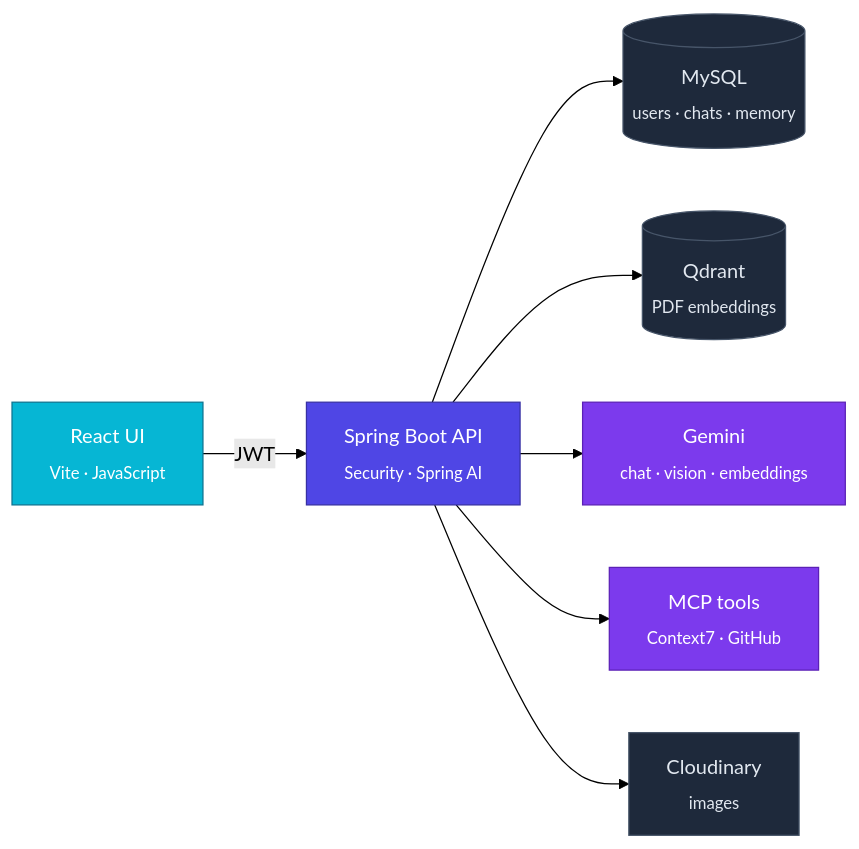
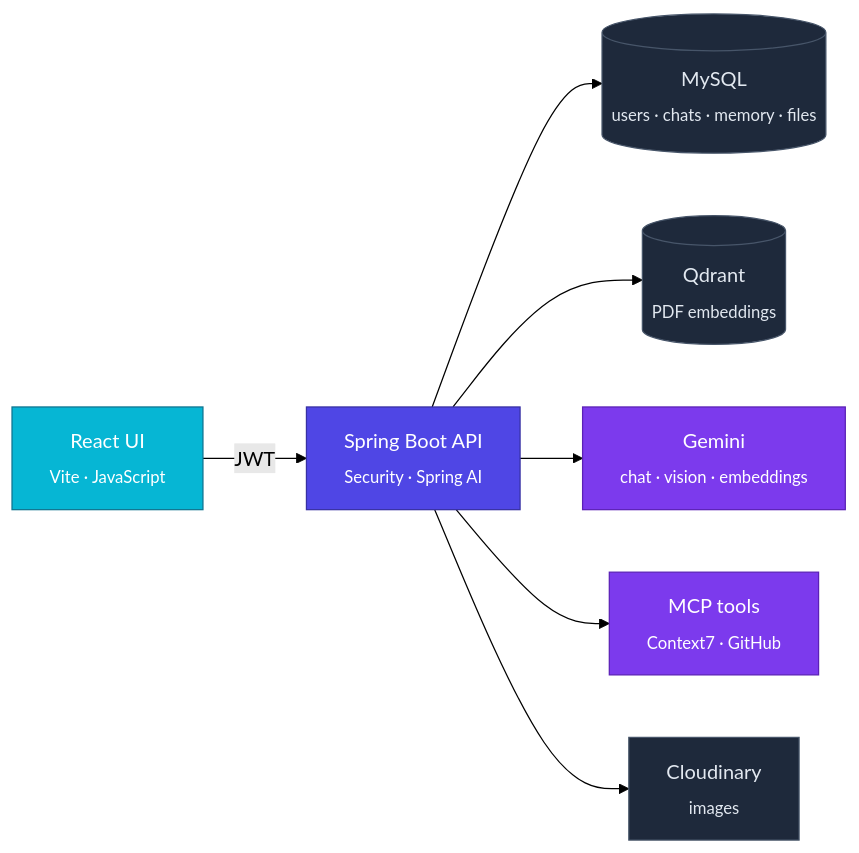
One commit to Ayoub717542/DevGuide_AI changed the diagram in README.md. Above: the diagram before and after it, drawn with Mermaid (forest theme). The commit also changed other lines of this file, not shown here.

````diff
--- a/README.md
+++ b/README.md
@@ -72,18 +82,18 @@
 ```mermaid
 flowchart LR
     UI["React UI<br/><sub>Vite · JavaScript</sub>"] -- "JWT" --> API["Spring Boot API<br/><sub>Security · Spring AI</sub>"]
-    API --> DB[("MySQL<br/><sub>users · chats · memory</sub>")]
+    API --> DB[("MySQL<br/><sub>users · chats · memory · files</sub>")]
     API --> VS[("Qdrant<br/><sub>PDF embeddings</sub>")]
     API --> LLM["Gemini<br/><sub>chat · vision · embeddings</sub>"]
     API --> MCP["MCP tools<br/><sub>Context7 · GitHub</sub>"]
     API --> CDN["Cloudinary<br/><sub>images</sub>"]
 
     classDef ui fill:#06B6D4,stroke:#0E7490,color:#fff
     classDef api fill:#4F46E5,stroke:#3730A3,color:#fff
     classDef ai fill:#7C3AED,stroke:#5B21B6,color:#fff
     classDef store fill:#1E293B,stroke:#475569,color:#E2E8F0
     class UI ui
     class API api
     class LLM,MCP ai
     class DB,VS,CDN store
 ```
````
